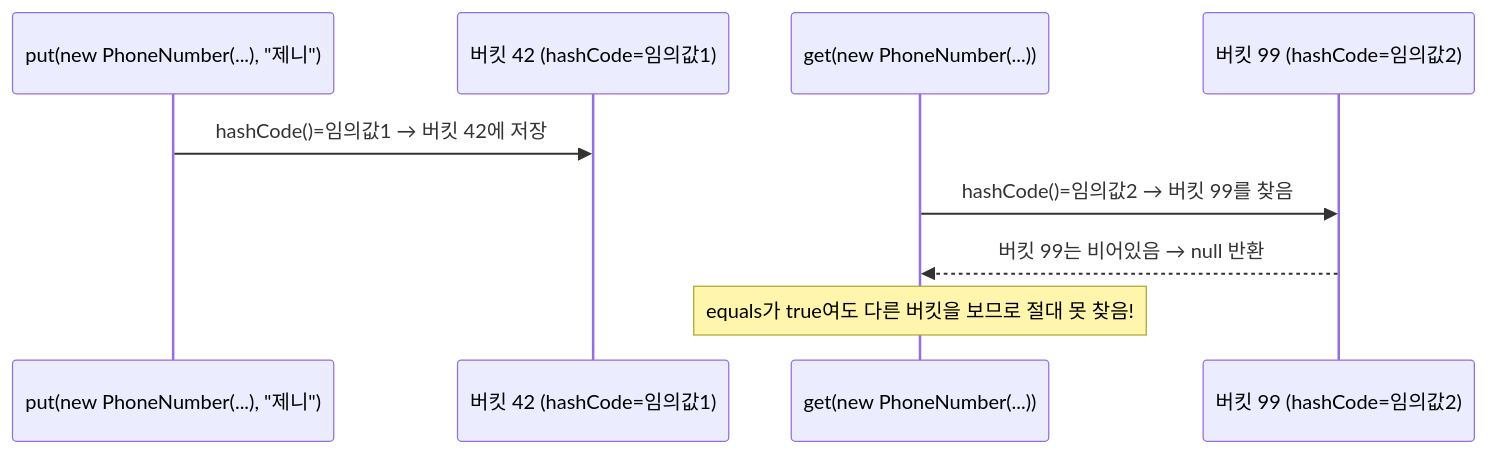
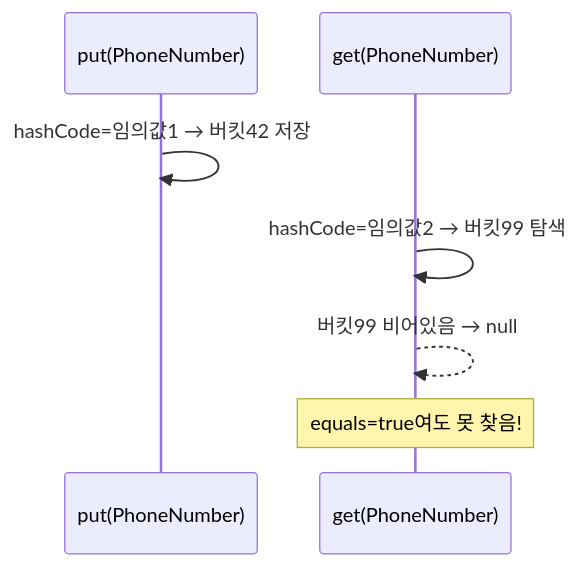
One commit to yjkim2015/yjkim2015.github.io changed the third of 4 diagrams in _posts/java/2021-12-27-effective-java11.md. Above: the diagram before and after it, drawn with Mermaid. The commit also changed 155 other files, not shown here.

First line of the commit message:
Mermaid 전면 수정: subgraph 제거, participant/노드/줄수 축소 (342블록)

````diff
--- a/_posts/java/2021-12-27-effective-java11.md
+++ b/_posts/java/2021-12-27-effective-java11.md
@@ -61,11 +61,9 @@
 ```mermaid
 sequenceDiagram
-    participant Put as put(new PhoneNumber(...), "제니")
-    participant Bucket as 버킷 42 (hashCode=임의값1)
-    participant Get as get(new PhoneNumber(...))
-    participant Bucket2 as 버킷 99 (hashCode=임의값2)
-    Put->>Bucket: hashCode()=임의값1 → 버킷 42에 저장
-    Get->>Bucket2: hashCode()=임의값2 → 버킷 99를 찾음
-    Bucket2-->>Get: 버킷 99는 비어있음 → null 반환
-    Note over Get: equals가 true여도 다른 버킷을 보므로 절대 못 찾음!
+    participant Put as put(PhoneNumber)
+    participant Get as get(PhoneNumber)
+    Put->>Put: hashCode=임의값1 → 버킷42 저장
+    Get->>Get: hashCode=임의값2 → 버킷99 탐색
+    Get-->>Get: 버킷99 비어있음 → null
+    Note over Get: equals=true여도 못 찾음!
 ```
````
